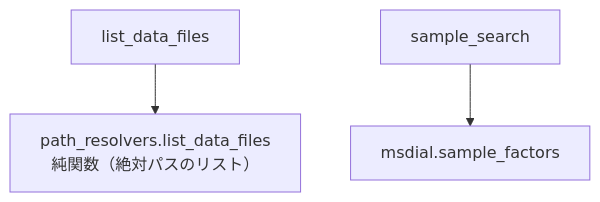
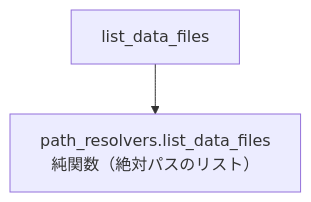
One commit to systemsomicslab/Metabolomix_with_LLM changed the diagram in docs/workflow/dataset.md. Above: the diagram before and after it, drawn with Mermaid. The commit also changed other lines of this file and 96 other files, not shown here.

````diff
--- a/docs/workflow/dataset.md
+++ b/docs/workflow/dataset.md
@@ -6,5 +6,4 @@
 ```mermaid
 flowchart TD
     LDF[list_data_files] --> PR[path_resolvers.list_data_files<br/>純関数（絶対パスのリスト）]
-    SS[sample_search] --> SF[msdial.sample_factors]
 ```
````
